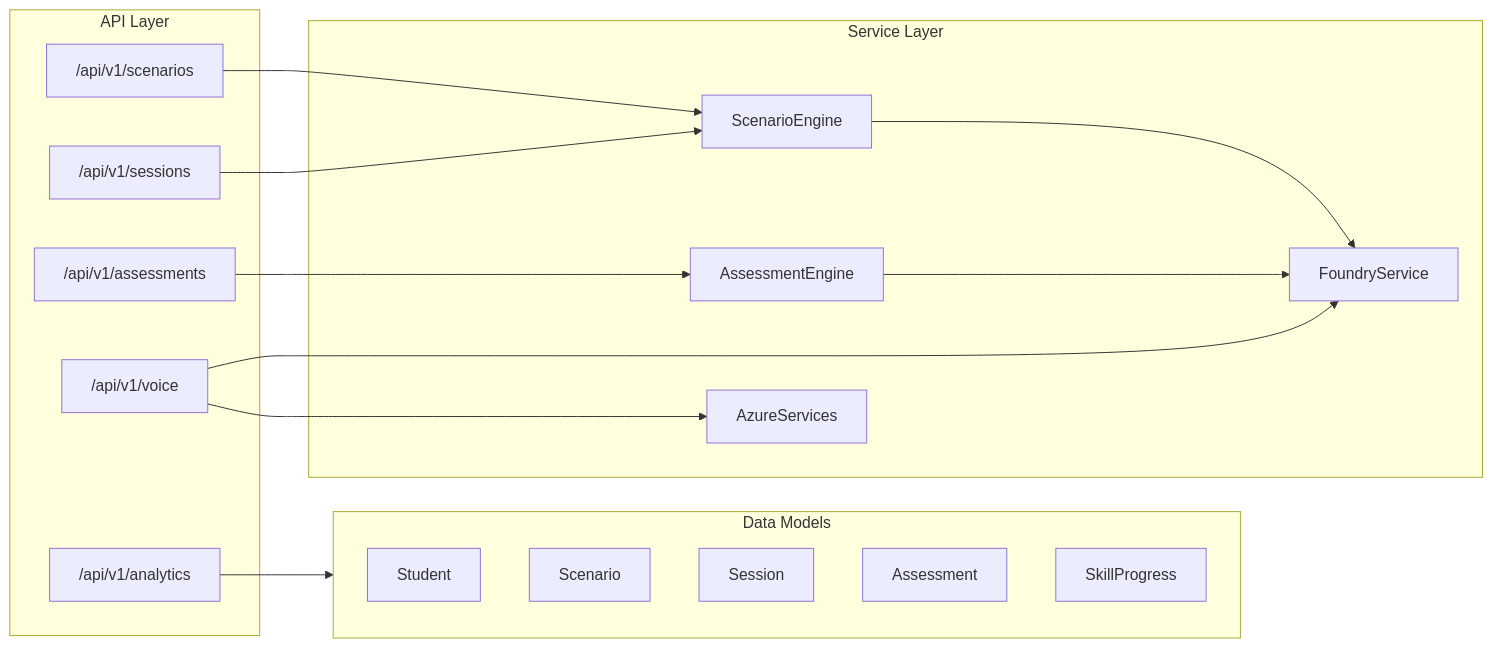
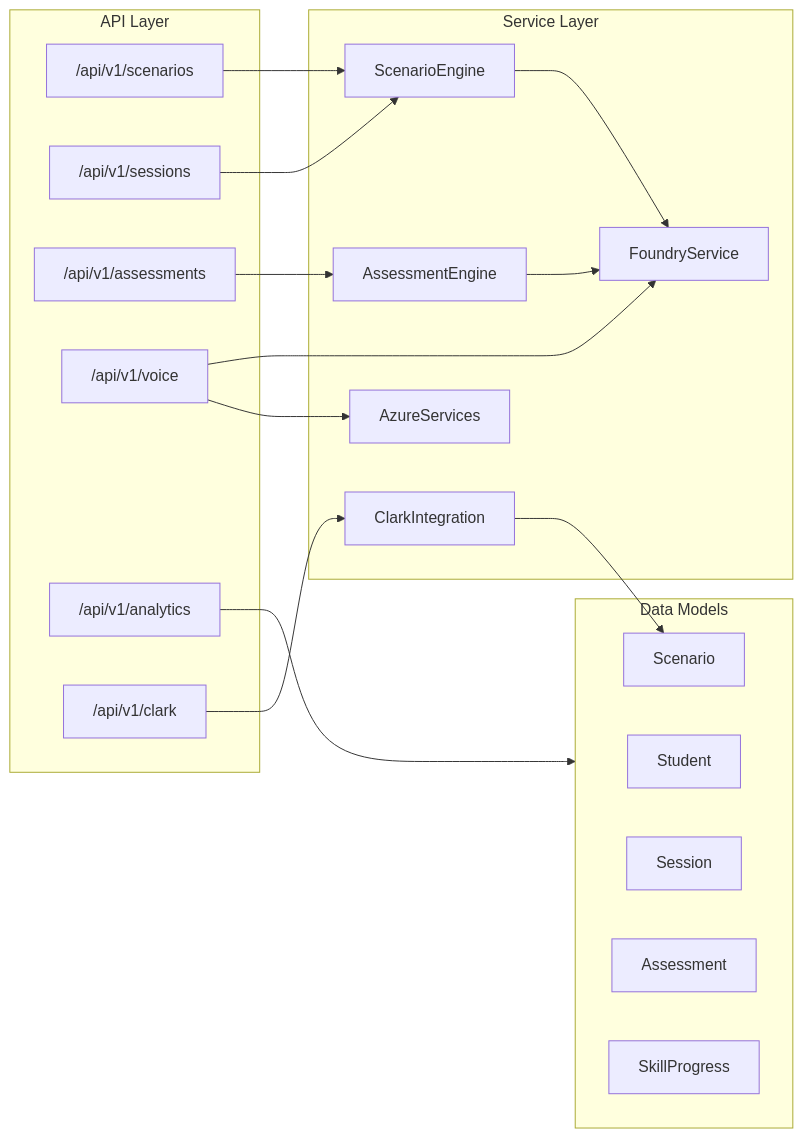
Before and after one commit to Amoukli/Coach_AI: the second of 6 diagrams in docs/diagrams/architecture.md, drawn with Mermaid. The commit also changed other lines of this file and 4 other files, not shown here.

First line of the commit message:
Update architecture diagrams for Admin UI and Clark integration

````diff
--- a/docs/diagrams/architecture.md
+++ b/docs/diagrams/architecture.md
@@ -57,35 +64,39 @@
 ```mermaid
 flowchart LR
     subgraph API["API Layer"]
         Scenarios["/api/v1/scenarios"]
         Sessions["/api/v1/sessions"]
         Assessments["/api/v1/assessments"]
         Voice["/api/v1/voice"]
         Analytics["/api/v1/analytics"]
+        Clark["/api/v1/clark"]
     end
 
     subgraph Services["Service Layer"]
         SE[ScenarioEngine]
         AE[AssessmentEngine]
         FS[FoundryService]
         AS[AzureServices]
+        CS[ClarkIntegration]
     end
 
     subgraph Models["Data Models"]
         Student[Student]
         Scenario[Scenario]
         Session[Session]
         Assessment[Assessment]
         SkillProgress[SkillProgress]
     end
 
     Scenarios --> SE
     Sessions --> SE
     Assessments --> AE
     Voice --> FS
     Voice --> AS
     Analytics --> Models
+    Clark --> CS
+    CS --> Scenario
 
     SE --> FS
     AE --> FS
 ```
````
